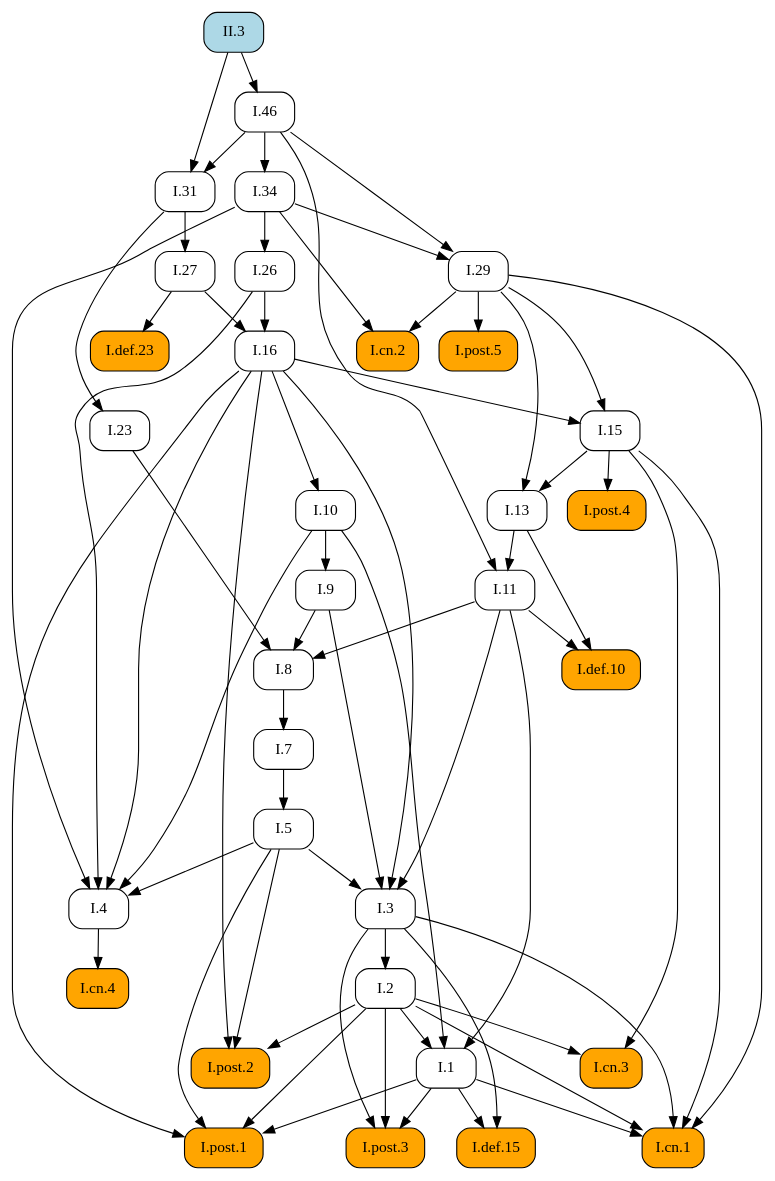
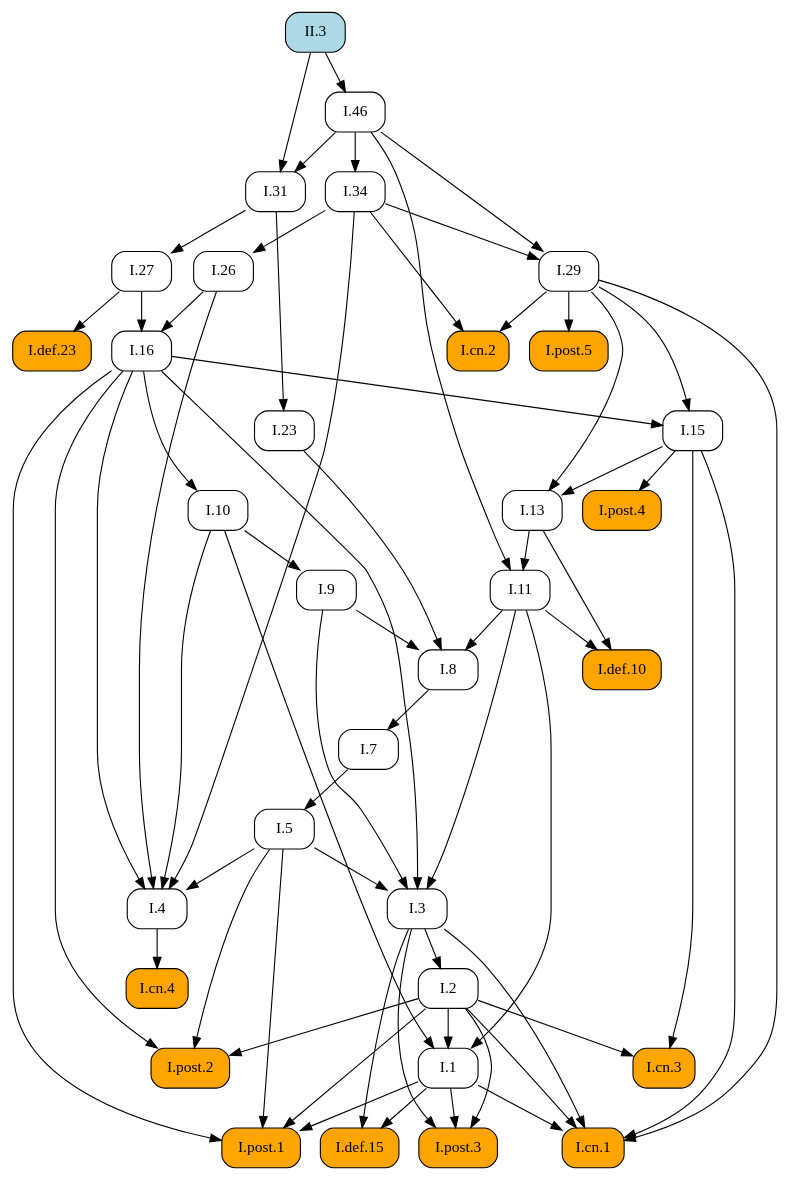
The diagram in docsrc/elements2/II/3/index.rst (geometor/elements), drawn with Graphviz before and after one commit. The commit also changed other lines of this file and 409 other files, not shown here.

First line of the commit message:
feat: Add image cropping and graphic extraction script

```diff
--- a/docsrc/elements2/II/3/index.rst
+++ b/docsrc/elements2/II/3/index.rst
@@ -46,101 +46,101 @@
    digraph {
      rankdir="TB";
      node [shape=box, style=rounded];
+     "I.31" [URL="/elements2/I/31/", target="_top"];
      "I.8" [URL="/elements2/I/8/", target="_top"];
+     "I.15" [URL="/elements2/I/15/", target="_top"];
+     "I.5" [URL="/elements2/I/5/", target="_top"];
+     "I.26" [URL="/elements2/I/26/", target="_top"];
+     "I.cn.1" [style="rounded,filled", fillcolor=orange, URL="/elements2/I/cn.1/", target="_top"];
+     "I.7" [URL="/elements2/I/7/", target="_top"];
+     "I.23" [URL="/elements2/I/23/", target="_top"];
+     "I.16" [URL="/elements2/I/16/", target="_top"];
+     "I.34" [URL="/elements2/I/34/", target="_top"];
+     "I.def.15" [style="rounded,filled", fillcolor=orange, URL="/elements2/I/def.15/", target="_top"];
      "I.46" [URL="/elements2/I/46/", target="_top"];
+     "I.def.10" [style="rounded,filled", fillcolor=orange, URL="/elements2/I/def.10/", target="_top"];
+     "I.11" [URL="/elements2/I/11/", target="_top"];
+     "I.def.23" [style="rounded,filled", fillcolor=orange, URL="/elements2/I/def.23/", target="_top"];
+     "I.post.4" [style="rounded,filled", fillcolor=orange, URL="/elements2/I/post.4/", target="_top"];
+     "I.post.5" [style="rounded,filled", fillcolor=orange, URL="/elements2/I/post.5/", target="_top"];
+     "I.3" [URL="/elements2/I/3/", target="_top"];
+     "I.10" [URL="/elements2/I/10/", target="_top"];
+     "I.cn.3" [style="rounded,filled", fillcolor=orange, URL="/elements2/I/cn.3/", target="_top"];
+     "I.13" [URL="/elements2/I/13/", target="_top"];
+     "II.3" [style="rounded,filled", fillcolor=lightblue, URL="/elements2/II/3/", target="_top"];
+     "I.4" [URL="/elements2/I/4/", target="_top"];
+     "I.post.3" [style="rounded,filled", fillcolor=orange, URL="/elements2/I/post.3/", target="_top"];
+     "I.9" [URL="/elements2/I/9/", target="_top"];
+     "I.29" [URL="/elements2/I/29/", target="_top"];
      "I.post.1" [style="rounded,filled", fillcolor=orange, URL="/elements2/I/post.1/", target="_top"];
-     "I.5" [URL="/elements2/I/5/", target="_top"];
-     "I.post.5" [style="rounded,filled", fillcolor=orange, URL="/elements2/I/post.5/", target="_top"];
-     "I.def.10" [style="rounded,filled", fillcolor=orange, URL="/elements2/I/def.10/", target="_top"];
-     "I.cn.2" [style="rounded,filled", fillcolor=orange, URL="/elements2/I/cn.2/", target="_top"];
-     "I.def.15" [style="rounded,filled", fillcolor=orange, URL="/elements2/I/def.15/", target="_top"];
-     "I.31" [URL="/elements2/I/31/", target="_top"];
-     "I.11" [URL="/elements2/I/11/", target="_top"];
-     "I.3" [URL="/elements2/I/3/", target="_top"];
-     "I.def.23" [style="rounded,filled", fillcolor=orange, URL="/elements2/I/def.23/", target="_top"];
-     "I.post.2" [style="rounded,filled", fillcolor=orange, URL="/elements2/I/post.2/", target="_top"];
-     "I.26" [URL="/elements2/I/26/", target="_top"];
-     "I.1" [URL="/elements2/I/1/", target="_top"];
-     "I.cn.3" [style="rounded,filled", fillcolor=orange, URL="/elements2/I/cn.3/", target="_top"];
-     "I.cn.4" [style="rounded,filled", fillcolor=orange, URL="/elements2/I/cn.4/", target="_top"];
-     "I.7" [URL="/elements2/I/7/", target="_top"];
-     "II.3" [style="rounded,filled", fillcolor=lightblue, URL="/elements2/II/3/", target="_top"];
-     "I.9" [URL="/elements2/I/9/", target="_top"];
-     "I.cn.1" [style="rounded,filled", fillcolor=orange, URL="/elements2/I/cn.1/", target="_top"];
-     "I.29" [URL="/elements2/I/29/", target="_top"];
-     "I.16" [URL="/elements2/I/16/", target="_top"];
-     "I.post.4" [style="rounded,filled", fillcolor=orange, URL="/elements2/I/post.4/", target="_top"];
-     "I.13" [URL="/elements2/I/13/", target="_top"];
      "I.2" [URL="/elements2/I/2/", target="_top"];
      "I.27" [URL="/elements2/I/27/", target="_top"];
-     "I.4" [URL="/elements2/I/4/", target="_top"];
-     "I.10" [URL="/elements2/I/10/", target="_top"];
-     "I.15" [URL="/elements2/I/15/", target="_top"];
-     "I.34" [URL="/elements2/I/34/", target="_top"];
-     "I.23" [URL="/elements2/I/23/", target="_top"];
-     "I.post.3" [style="rounded,filled", fillcolor=orange, URL="/elements2/I/post.3/", target="_top"];
+     "I.1" [URL="/elements2/I/1/", target="_top"];
+     "I.cn.2" [style="rounded,filled", fillcolor=orange, URL="/elements2/I/cn.2/", target="_top"];
+     "I.cn.4" [style="rounded,filled", fillcolor=orange, URL="/elements2/I/cn.4/", target="_top"];
+     "I.post.2" [style="rounded,filled", fillcolor=orange, URL="/elements2/I/post.2/", target="_top"];
+     "I.46" -> "I.31";
+     "II.3" -> "I.31";
      "I.9" -> "I.8";
      "I.11" -> "I.8";
      "I.23" -> "I.8";
-     "II.3" -> "I.46";
-     "I.1" -> "I.post.1";
-     "I.2" -> "I.post.1";
-     "I.5" -> "I.post.1";
-     "I.16" -> "I.post.1";
+     "I.16" -> "I.15";
+     "I.29" -> "I.15";
      "I.7" -> "I.5";
-     "I.29" -> "I.post.5";
-     "I.11" -> "I.def.10";
-     "I.13" -> "I.def.10";
-     "I.29" -> "I.cn.2";
-     "I.34" -> "I.cn.2";
-     "I.1" -> "I.def.15";
-     "I.3" -> "I.def.15";
-     "I.46" -> "I.31";
-     "II.3" -> "I.31";
-     "I.13" -> "I.11";
-     "I.46" -> "I.11";
-     "I.5" -> "I.3";
-     "I.9" -> "I.3";
-     "I.11" -> "I.3";
-     "I.16" -> "I.3";
-     "I.27" -> "I.def.23";
-     "I.2" -> "I.post.2";
-     "I.5" -> "I.post.2";
-     "I.16" -> "I.post.2";
      "I.34" -> "I.26";
-     "I.2" -> "I.1";
-     "I.10" -> "I.1";
-     "I.11" -> "I.1";
-     "I.2" -> "I.cn.3";
-     "I.15" -> "I.cn.3";
-     "I.4" -> "I.cn.4";
-     "I.8" -> "I.7";
-     "I.10" -> "I.9";
      "I.1" -> "I.cn.1";
      "I.2" -> "I.cn.1";
      "I.3" -> "I.cn.1";
      "I.15" -> "I.cn.1";
      "I.29" -> "I.cn.1";
-     "I.34" -> "I.29";
-     "I.46" -> "I.29";
+     "I.8" -> "I.7";
+     "I.31" -> "I.23";
      "I.26" -> "I.16";
      "I.27" -> "I.16";
+     "I.46" -> "I.34";
+     "I.1" -> "I.def.15";
+     "I.3" -> "I.def.15";
+     "II.3" -> "I.46";
+     "I.11" -> "I.def.10";
+     "I.13" -> "I.def.10";
+     "I.13" -> "I.11";
+     "I.46" -> "I.11";
+     "I.27" -> "I.def.23";
      "I.15" -> "I.post.4";
+     "I.29" -> "I.post.5";
+     "I.5" -> "I.3";
+     "I.9" -> "I.3";
+     "I.11" -> "I.3";
+     "I.16" -> "I.3";
+     "I.16" -> "I.10";
+     "I.2" -> "I.cn.3";
+     "I.15" -> "I.cn.3";
      "I.15" -> "I.13";
      "I.29" -> "I.13";
-     "I.3" -> "I.2";
-     "I.31" -> "I.27";
      "I.5" -> "I.4";
      "I.10" -> "I.4";
      "I.16" -> "I.4";
      "I.26" -> "I.4";
      "I.34" -> "I.4";
-     "I.16" -> "I.10";
-     "I.16" -> "I.15";
-     "I.29" -> "I.15";
-     "I.46" -> "I.34";
-     "I.31" -> "I.23";
      "I.1" -> "I.post.3";
      "I.2" -> "I.post.3";
      "I.3" -> "I.post.3";
+     "I.10" -> "I.9";
+     "I.34" -> "I.29";
+     "I.46" -> "I.29";
+     "I.1" -> "I.post.1";
+     "I.2" -> "I.post.1";
+     "I.5" -> "I.post.1";
+     "I.16" -> "I.post.1";
+     "I.3" -> "I.2";
+     "I.31" -> "I.27";
+     "I.2" -> "I.1";
+     "I.10" -> "I.1";
+     "I.11" -> "I.1";
+     "I.29" -> "I.cn.2";
+     "I.34" -> "I.cn.2";
+     "I.4" -> "I.cn.4";
+     "I.2" -> "I.post.2";
+     "I.5" -> "I.post.2";
+     "I.16" -> "I.post.2";
    }
```
